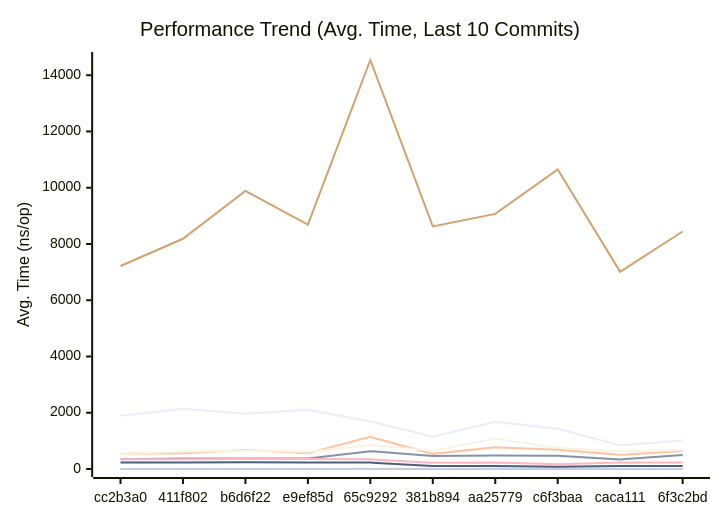
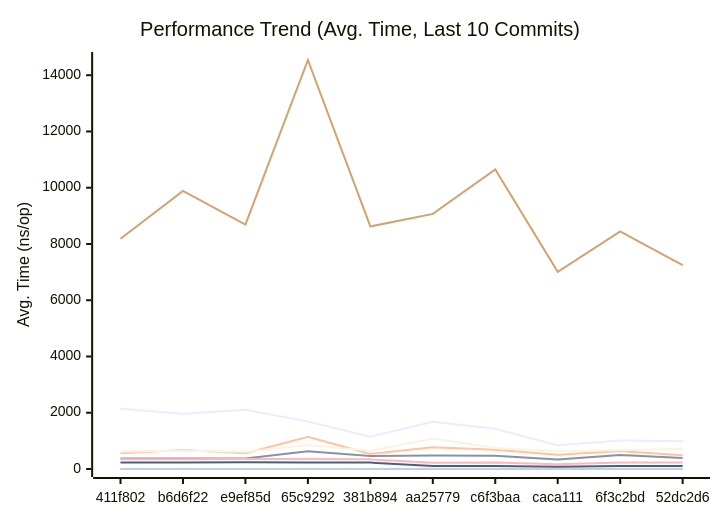
One commit to alsotoes/momo changed the first of 3 diagrams in docs/PERFORMANCE.md. Above: the diagram before and after it, drawn with Mermaid. The commit also changed other lines of this file and 3 other files, not shown here.

````diff
--- a/docs/PERFORMANCE.md
+++ b/docs/PERFORMANCE.md
@@ -128,18 +128,18 @@
 ```mermaid
 xychart-beta
     title "Performance Trend (Avg. Time, Last 10 Commits)"
     x-axis "Commit"
     y-axis "Avg. Time (ns/op)"
-    x-axis [cc2b3a0,411f802,b6d6f22,e9ef85d,65c9292,381b894,aa25779,c6f3baa,caca111,6f3c2bd]
-    line "CheckMetricsAndSwap" [11,11,9,9,14,13,17,12,10,9]
-    line "CrushOptimized" [349,375,375,377,635,462,481,472,342,495]
-    line "CrushOriginal" [546,560,677,563,1141,538,771,688,503,637]
-    line "IndexDirectTracking" [0,0,1,0,1,1,0,1,0,0]
-    line "IndexSearch" [2,2,2,2,4,3,4,4,3,3]
-    line "LoadGlobalConfig" [7218,8185,9886,8691,14541,8623,9070,10649,7011,8444]
-    line "PadString" [2,3,3,3,3,3,3,3,2,3]
+    x-axis [411f802,b6d6f22,e9ef85d,65c9292,381b894,aa25779,c6f3baa,caca111,6f3c2bd,52dc2d6]
+    line "CheckMetricsAndSwap" [11,9,9,14,13,17,12,10,9,10]
+    line "CrushOptimized" [375,375,377,635,462,481,472,342,495,390]
+    line "CrushOriginal" [560,677,563,1141,538,771,688,503,637,485]
+    line "IndexDirectTracking" [0,1,0,1,1,0,1,0,0,0]
+    line "IndexSearch" [2,2,2,4,3,4,4,3,3,3]
+    line "LoadGlobalConfig" [8185,9886,8691,14541,8623,9070,10649,7011,8444,7250]
+    line "PadString" [3,3,3,3,3,3,3,2,3,3]
     line "ParseReplicationOrder_NoPrealloc" [350,349,357,354,345,225,229,165,232,234]
     line "ParseReplicationOrder_Prealloc" [229,231,237,234,229,108,107,80,110,109]
-    line "SanitizeLog/Safe" [535,626,647,610,855,645,1080,747,628,673]
-    line "SanitizeLog/Unsafe" [1896,2138,1962,2106,1691,1147,1679,1432,841,1013]
+    line "SanitizeLog/Safe" [626,647,610,855,645,1080,747,628,673,708]
+    line "SanitizeLog/Unsafe" [2138,1962,2106,1691,1147,1679,1432,841,1013,990]
 ```
````
